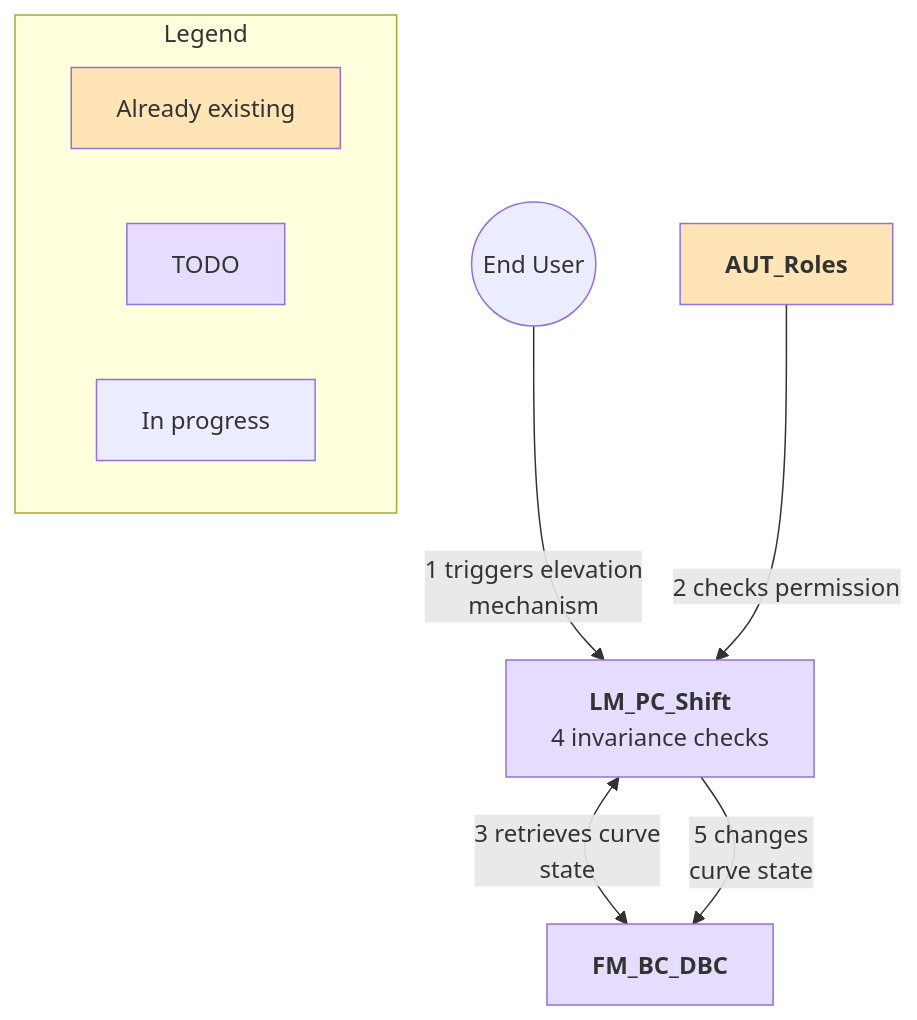
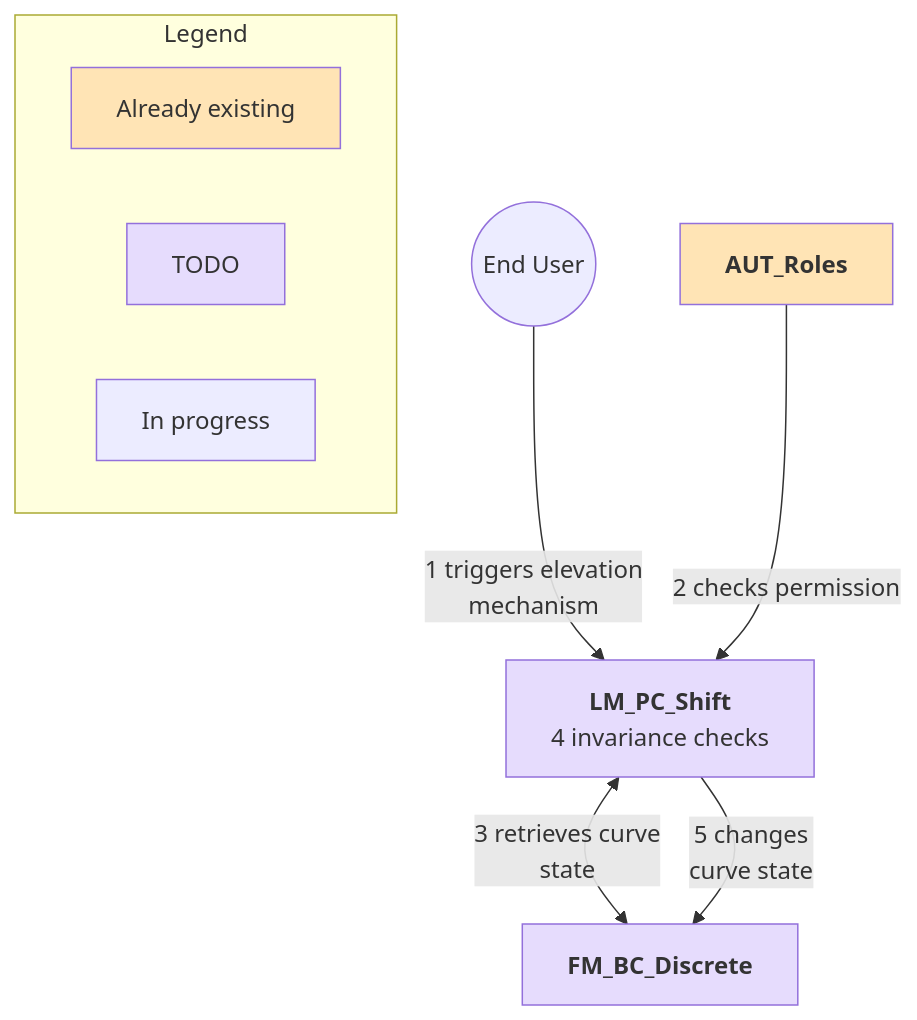
Before and after one commit to InverterNetwork/contracts: the sixth of 7 diagrams in context/Specs.md, drawn with Mermaid. The commit also changed other lines of this file and 8 other files, not shown here.

Commit message:
chore: rename FM_BC_DBC => FM_BC_Discrete

````diff
--- a/context/Specs.md
+++ b/context/Specs.md
@@ -264,38 +264,38 @@
 ```mermaid
 %%{init: {'flowchart': {'curve': 'basis', 'width': 1200, 'nodeSpacing': 50, 'rankSpacing': 50}} }%%
 flowchart TD
     %% Node Definitions
     %% ---------------
     %% Core Modules
-    FM_BC_DBC["<strong>FM_BC_DBC</strong>"]
+    FM_BC_Discrete["<strong>FM_BC_Discrete</strong>"]
     LM_PC_EL["<strong>LM_PC_Shift</strong><br>4 invariance checks"]
     AUT["<strong>AUT_Roles</strong>"]
 
     %% Actors
     User(("End User"))
 
     %% Legend Definition
     %% ----------------
     subgraph Legend
         direction LR
         Existing["Already existing"]
         Todo["TODO"]
         Prog["In progress"]
     end
 
     %% Styling
     %% -------
     classDef ex fill:#FFE4B5
     classDef todo fill:#E6DCFD
     classDef prog fill:#F2F4C8
     class Existing,AUT,PP ex
-    class Todo,FM_BC_DBC,LM_PC_FP,LM_PC_CF,LM_PC_EL,AUX_1,AUX_2 todo
+    class Todo,FM_BC_Discrete,LM_PC_FP,LM_PC_CF,LM_PC_EL,AUX_1,AUX_2 todo
 
     %% Relationships
     %% ------------
     %% User Actions
     User --> |1 triggers elevation<br>mechanism| LM_PC_EL
     AUT --> |2 checks permission| LM_PC_EL
-    LM_PC_EL <--> |3 retrieves curve<br>state| FM_BC_DBC
-    LM_PC_EL --> |5 changes<br>curve state| FM_BC_DBC
+    LM_PC_EL <--> |3 retrieves curve<br>state| FM_BC_Discrete
+    LM_PC_EL --> |5 changes<br>curve state| FM_BC_Discrete
 ```
````
